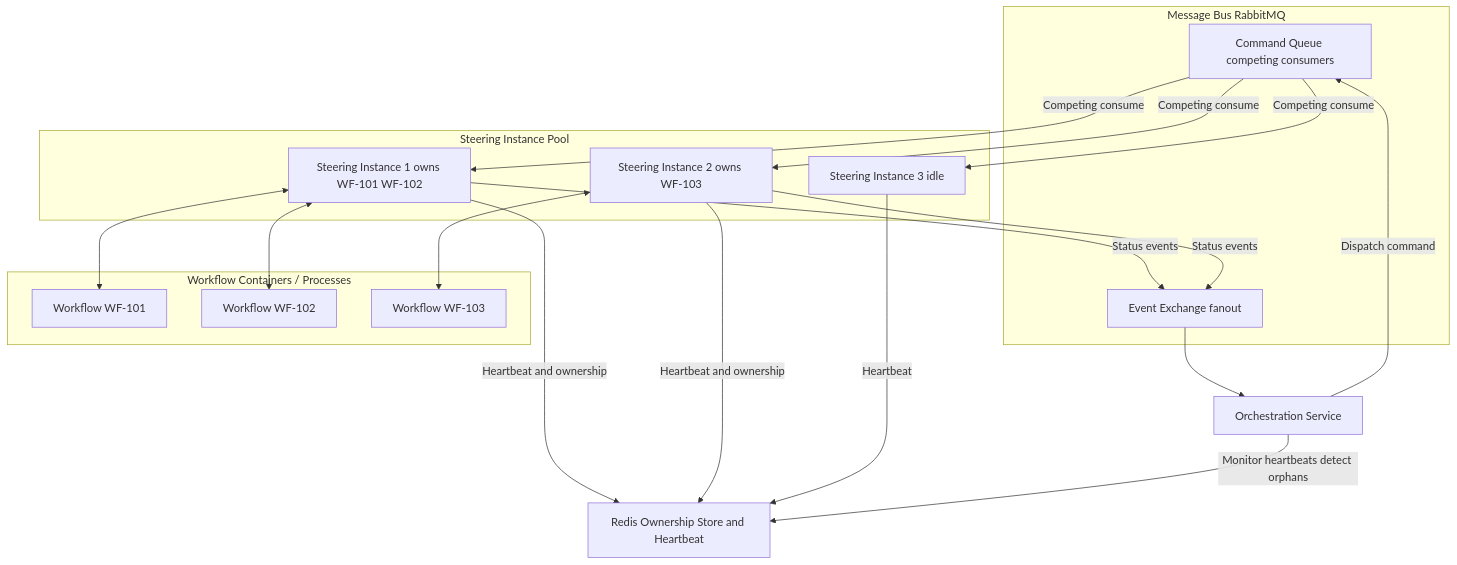
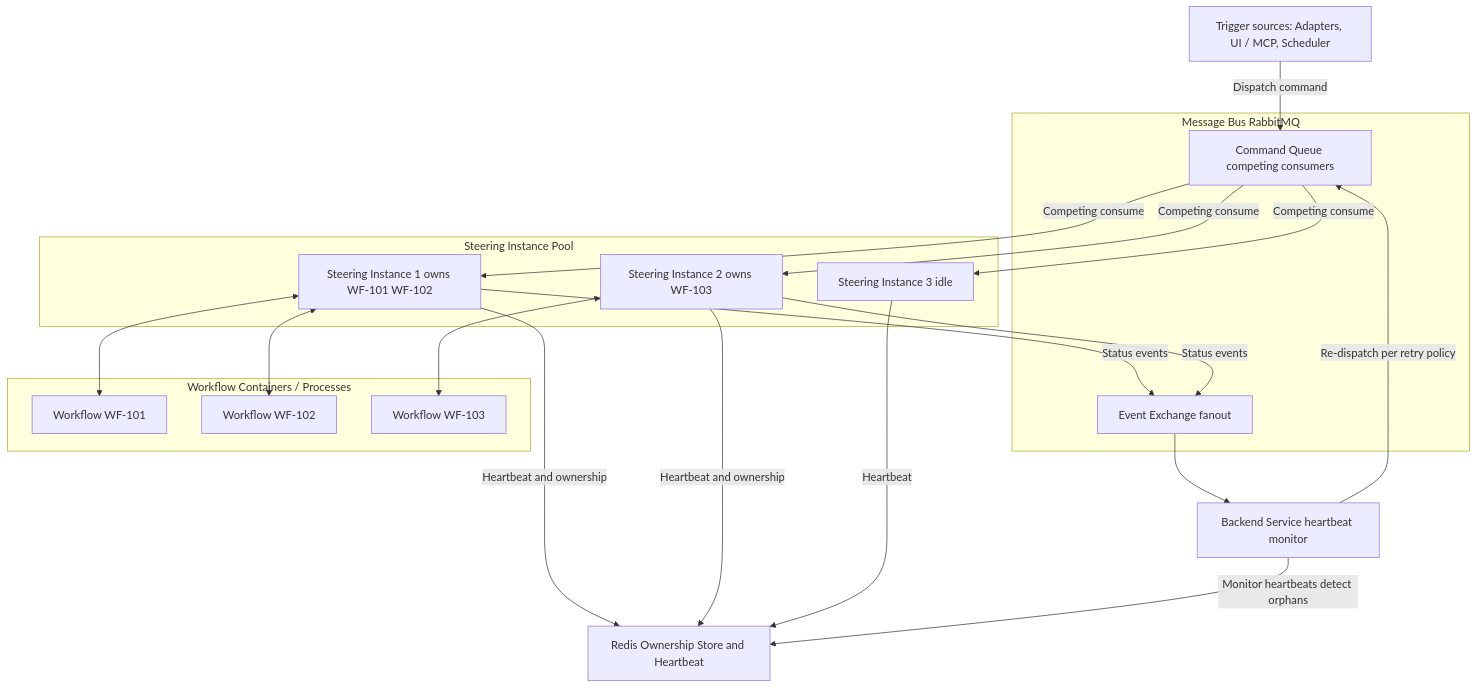
One commit to FelixKlakow/Auxilia changed the tenth of 12 diagrams in ARCHITECTURE.md. Above: the diagram before and after it, drawn with Mermaid. The commit also changed other lines of this file and 5 other files, not shown here.

Commit message:
fix: Updated architectural documents

````diff
--- a/ARCHITECTURE.md
+++ b/ARCHITECTURE.md
@@ -665,33 +724,35 @@
 ```mermaid
 graph TB
     subgraph MessageBus[Message Bus RabbitMQ]
         CMD[Command Queue competing consumers]
         EVT[Event Exchange fanout]
     end
     subgraph SteeringPool[Steering Instance Pool]
         SI1[Steering Instance 1 owns WF-101 WF-102]
         SI2[Steering Instance 2 owns WF-103]
         SI3[Steering Instance 3 idle]
     end
     subgraph Workflows[Workflow Containers / Processes]
         WF101[Workflow WF-101]
         WF102[Workflow WF-102]
         WF103[Workflow WF-103]
     end
     REDIS[Redis Ownership Store and Heartbeat]
-    ORCH[Orchestration Service]
-    ORCH -->|Dispatch command| CMD
+    TRIG[Trigger sources: Adapters, UI / MCP, Scheduler]
+    BE[Backend Service heartbeat monitor]
+    TRIG -->|Dispatch command| CMD
     CMD -->|Competing consume| SI1
     CMD -->|Competing consume| SI2
     CMD -->|Competing consume| SI3
     SI1 <--> WF101
     SI1 <--> WF102
     SI2 <--> WF103
     SI1 -->|Heartbeat and ownership| REDIS
     SI2 -->|Heartbeat and ownership| REDIS
     SI3 -->|Heartbeat| REDIS
-    ORCH -->|Monitor heartbeats detect orphans| REDIS
+    BE -->|Monitor heartbeats detect orphans| REDIS
+    BE -->|Re-dispatch per retry policy| CMD
     SI1 -->|Status events| EVT
     SI2 -->|Status events| EVT
-    EVT --> ORCH
+    EVT --> BE
 ```
````
